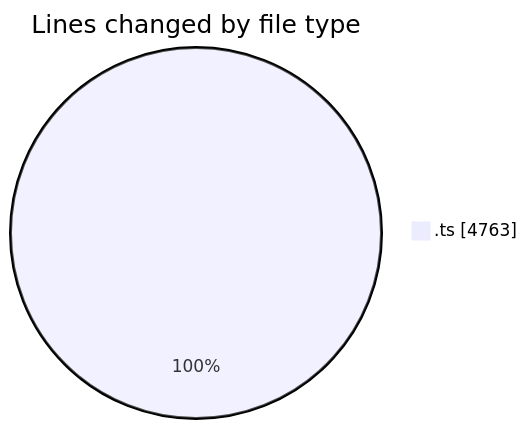
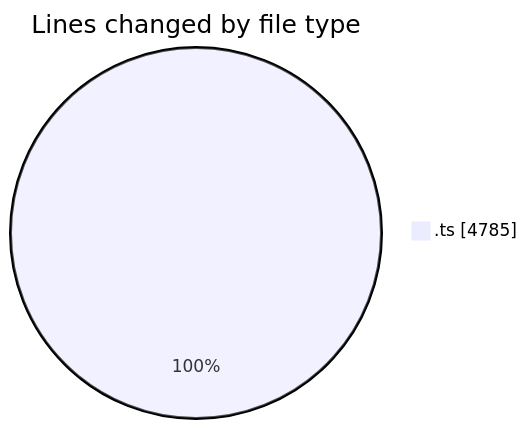
The first of 2 diagrams in 2025-08-08/cda/README.md (momahboobian/code-tracking), drawn with Mermaid before and after one commit. The commit also changed other lines of this file and 1 other file, not shown here.

````diff
--- a/2025-08-08/cda/README.md
+++ b/2025-08-08/cda/README.md
@@ -27,5 +27,5 @@
 ```mermaid
 pie showData
 title Lines changed by file type
-".ts" : 4763
+".ts" : 4785
 ```
````
